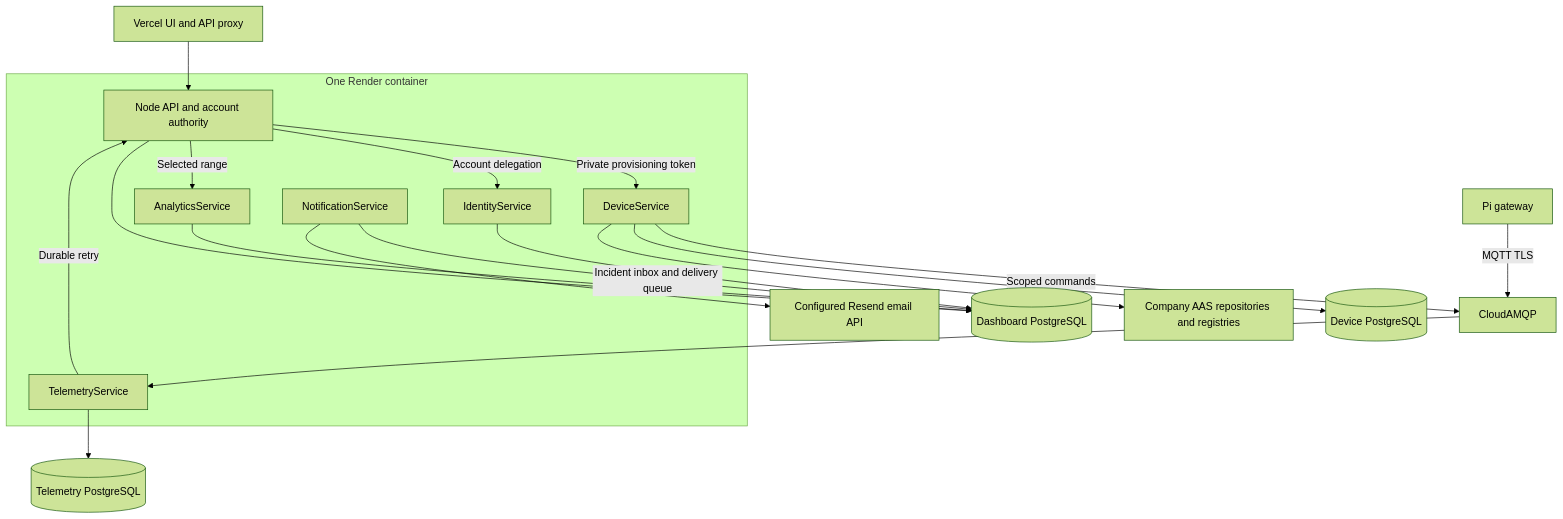
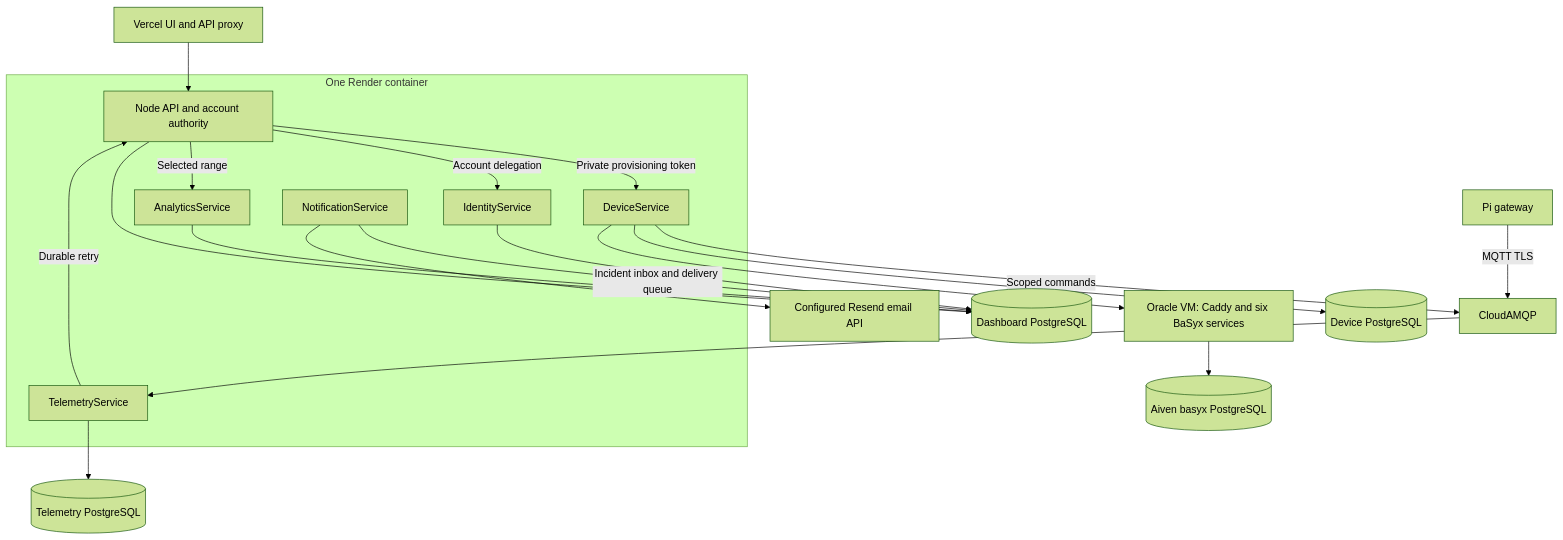
One commit to DruHustle/smart-factory-iot-backend changed the diagram in ARCHITECTURE.md. Above: the diagram before and after it, drawn with Mermaid (forest theme). The commit also changed other lines of this file and 15 other files, not shown here.

Commit message:
feat: add device registration, deletion, BaSyx deployment, and arm telemetry

````diff
--- a/ARCHITECTURE.md
+++ b/ARCHITECTURE.md
@@ -5,22 +7,23 @@
 ```mermaid
 flowchart TB
   UI[Vercel UI and API proxy] --> Node[Node API and account authority]
   subgraph Render[One Render container]
     Node -->|Private provisioning token| Device[DeviceService]
     Node -->|Account delegation| Identity[IdentityService]
     Node -->|Selected range| Analytics[AnalyticsService]
     Telemetry[TelemetryService] -->|Durable retry| Node
     Notifications[NotificationService]
   end
   Node --> DashboardDB[(Dashboard PostgreSQL)]
   Identity --> DashboardDB
   Analytics --> DashboardDB
   Notifications -->|Incident inbox and delivery queue| DashboardDB
   Notifications --> Resend[Configured Resend email API]
   Pi[Pi gateway] -->|MQTT TLS| Broker[CloudAMQP]
   Broker --> Telemetry
   Device -->|Scoped commands| Broker
   Telemetry --> TelemetryDB[(Telemetry PostgreSQL)]
   Device --> DeviceDB[(Device PostgreSQL)]
-  Device --> AAS[Company AAS repositories and registries]
+  Device --> AAS[Oracle VM: Caddy and six BaSyx services]
+  AAS --> BaSyxDB[(Aiven basyx PostgreSQL)]
 ```
````
